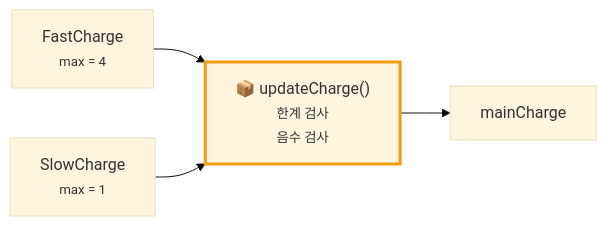
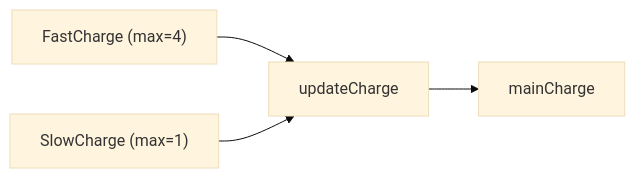
Before and after one commit to genie4youu/genie4youu.github.io: the first of 2 diagrams in _posts/2026-07-14-07-reuse-functions.md, drawn with Mermaid (base theme). The commit also changed other lines of this file and 13 other files, not shown here.

First line of the commit message:
﻿전면 손질: 제목 변경, AI 티 나는 표현 제거, 다이어그램 재작성

````diff
--- a/_posts/2026-07-14-07-reuse-functions.md
+++ b/_posts/2026-07-14-07-reuse-functions.md
@@ -77,8 +63,6 @@
 ```mermaid
 flowchart LR
-    F["FastCharge<br/><small>max = 4</small>"] --> FN["📦 updateCharge()<br/><small>한계 검사<br/>음수 검사</small>"]
-    S["SlowCharge<br/><small>max = 1</small>"] --> FN
-    FN --> C["mainCharge"]
-
-    style FN stroke:#f39c12,stroke-width:3px
+    F["FastCharge (max=4)"] --> FN[updateCharge]
+    S["SlowCharge (max=1)"] --> FN
+    FN --> C[mainCharge]
 ```
````
